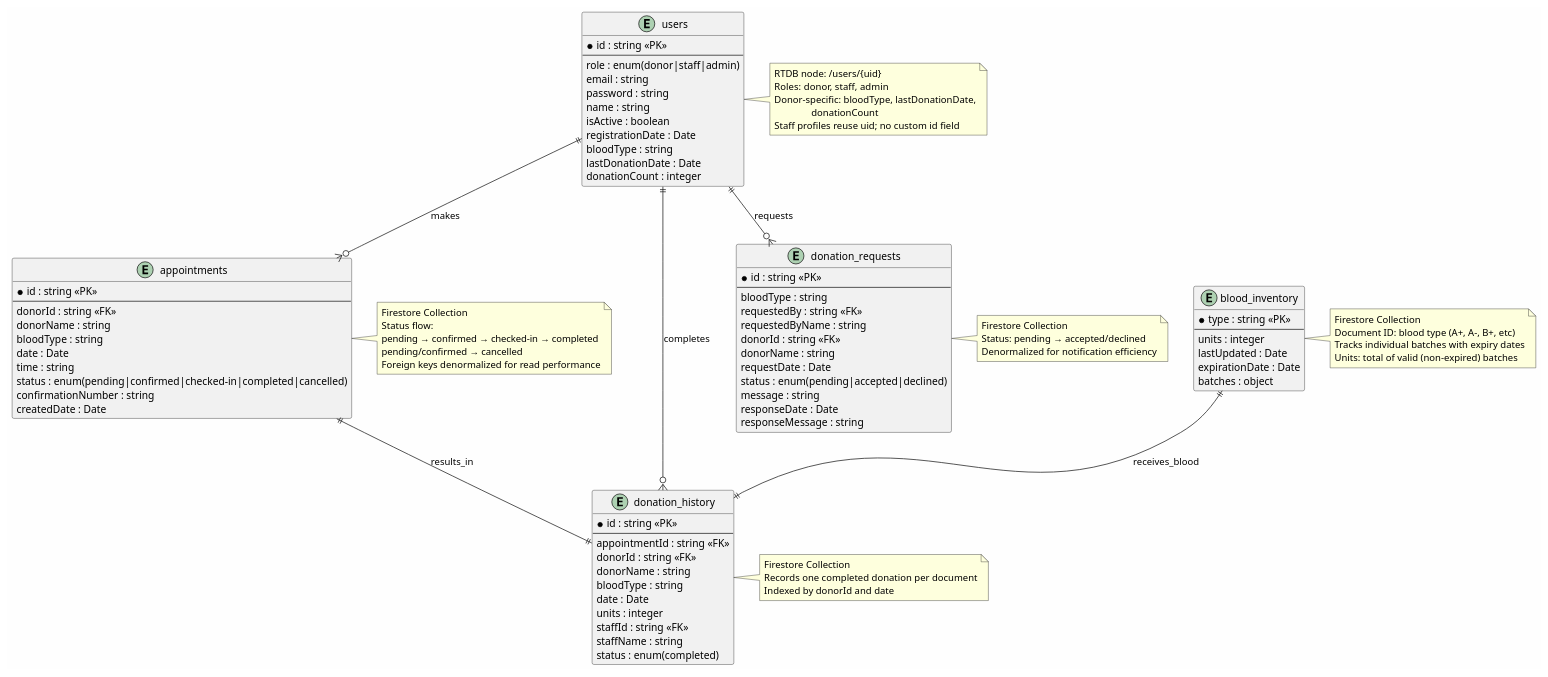
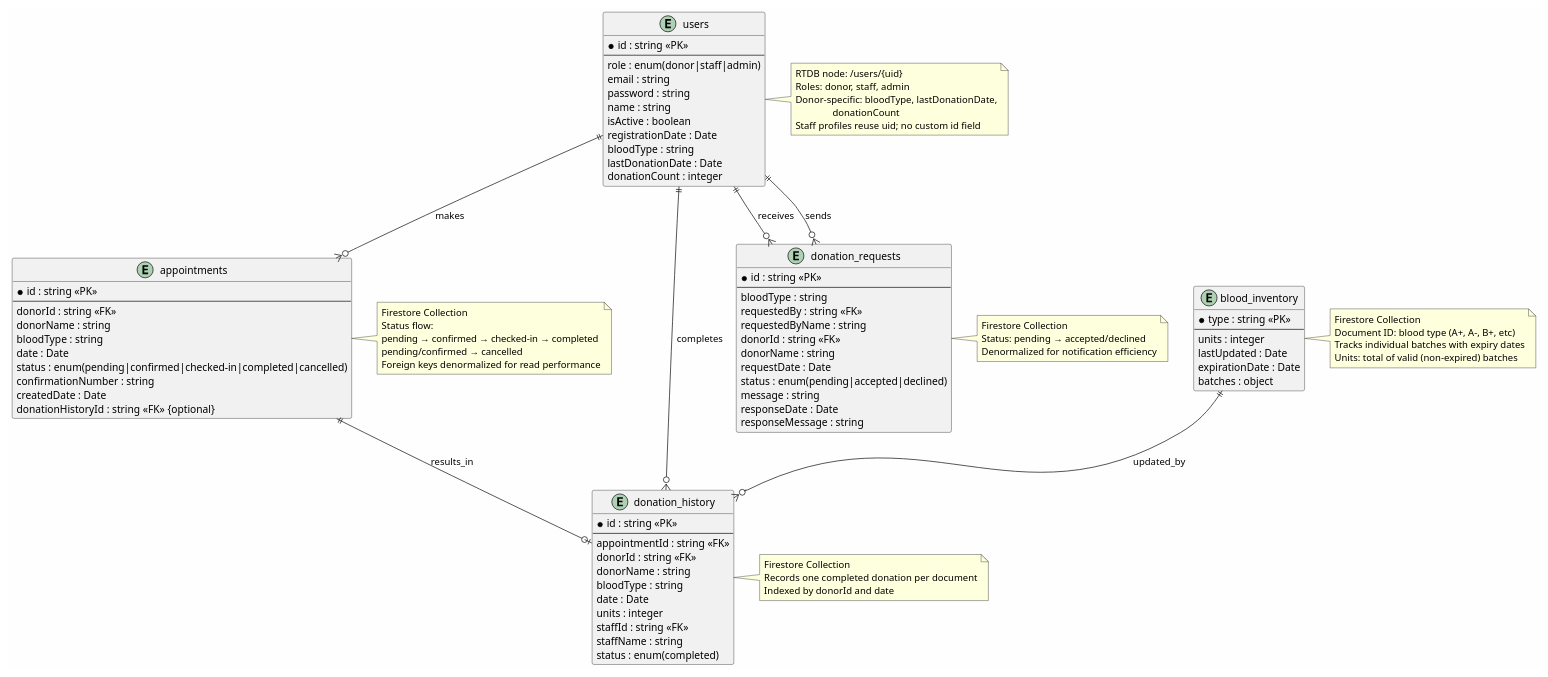
Before and after one commit to H1tRecord/Blood-Donation-Management-System: the diagram in docs/erd_diagram.puml, drawn with PlantUML. The commit also changed 8 other files, not shown here.

```diff
--- a/docs/erd_diagram.puml
+++ b/docs/erd_diagram.puml
@@ -1,111 +1,112 @@
 @startuml ERD_BloodDonationSystem
 skinparam style ubuntu
 skinparam backgroundColor #FEFEFE
 
 entity "users" as users {
   *id : string <<PK>>
   --
   role : enum(donor|staff|admin)
   email : string
   password : string
   name : string
   isActive : boolean
   registrationDate : Date
   bloodType : string
   lastDonationDate : Date
   donationCount : integer
 }
 
 entity "appointments" as appointments {
   *id : string <<PK>>
   --
   donorId : string <<FK>>
   donorName : string
   bloodType : string
   date : Date
-  time : string
   status : enum(pending|confirmed|checked-in|completed|cancelled)
   confirmationNumber : string
   createdDate : Date
+  donationHistoryId : string <<FK>> {optional}
 }
 
 entity "blood_inventory" as blood_inventory {
   *type : string <<PK>>
   --
   units : integer
   lastUpdated : Date
   expirationDate : Date
   batches : object
 }
 
 entity "donation_history" as donation_history {
   *id : string <<PK>>
   --
   appointmentId : string <<FK>>
   donorId : string <<FK>>
   donorName : string
   bloodType : string
   date : Date
   units : integer
   staffId : string <<FK>>
   staffName : string
   status : enum(completed)
 }
 
 entity "donation_requests" as donation_requests {
   *id : string <<PK>>
   --
   bloodType : string
   requestedBy : string <<FK>>
   requestedByName : string
   donorId : string <<FK>>
   donorName : string
   requestDate : Date
   status : enum(pending|accepted|declined)
   message : string
   responseDate : Date
   responseMessage : string
 }
 
 users ||--o{ appointments : makes
 users ||--o{ donation_history : completes
-users ||--o{ donation_requests : requests
-appointments ||--|| donation_history : results_in
-blood_inventory ||--|| donation_history : receives_blood
+users ||--o{ donation_requests : receives
+users ||--o{ donation_requests : sends
+appointments ||--o| donation_history : results_in
+blood_inventory ||--o{ donation_history : updated_by
 
 note right of users
   RTDB node: /users/{uid}
   Roles: donor, staff, admin
   Donor-specific: bloodType, lastDonationDate,
                  donationCount
   Staff profiles reuse uid; no custom id field
 end note
 
 note right of appointments
   Firestore Collection
   Status flow:
   pending → confirmed → checked-in → completed
   pending/confirmed → cancelled
   Foreign keys denormalized for read performance
 end note
 
 note right of blood_inventory
   Firestore Collection
   Document ID: blood type (A+, A-, B+, etc)
   Tracks individual batches with expiry dates
   Units: total of valid (non-expired) batches
 end note
 
 note right of donation_history
   Firestore Collection
   Records one completed donation per document
   Indexed by donorId and date
 end note
 
 note right of donation_requests
   Firestore Collection
   Status: pending → accepted/declined
   Denormalized for notification efficiency
 end note
 
 @enduml
```
